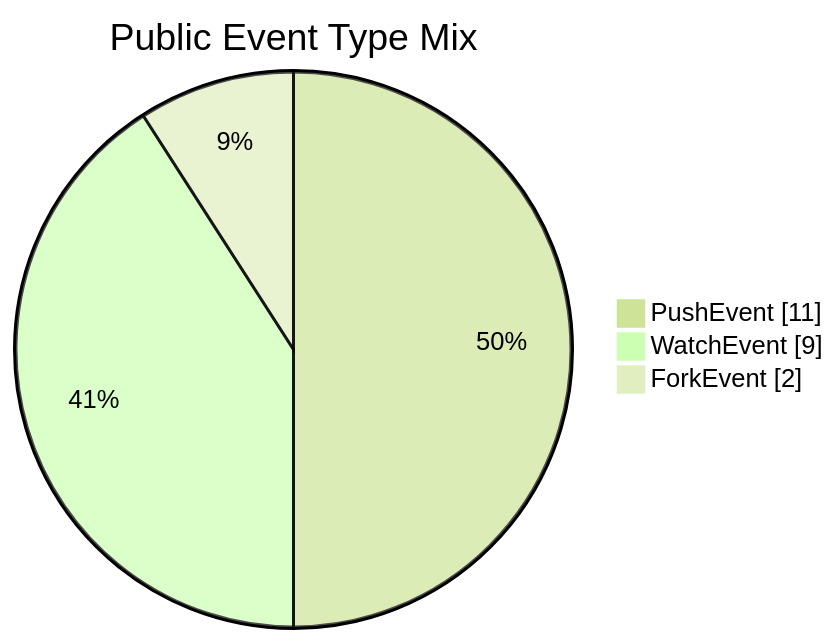
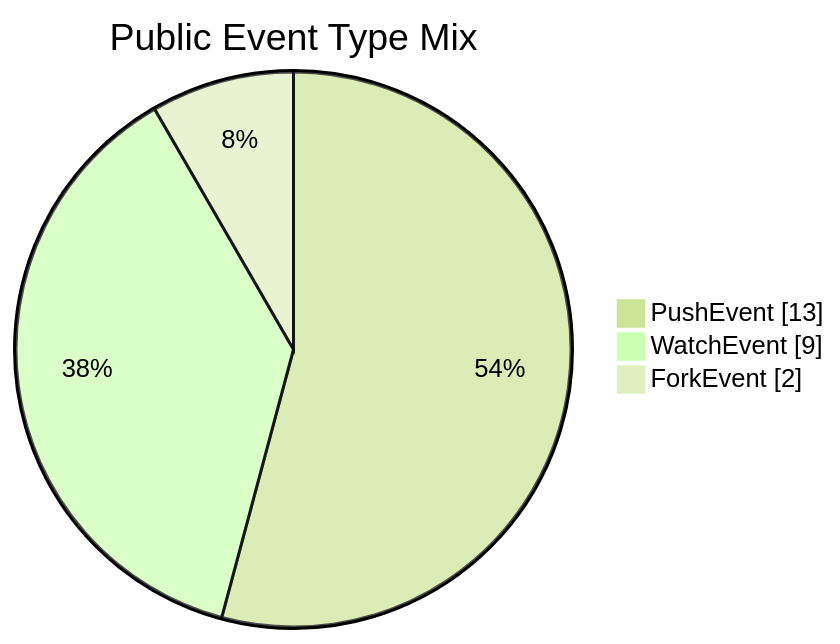
Before and after one commit to manhquydev/manhquydev: the second of 2 diagrams in README.md, drawn with Mermaid (forest theme). The commit also changed other lines of this file and 4 other files, not shown here.

````diff
--- a/README.md
+++ b/README.md
@@ -154,7 +164,7 @@
 ```mermaid
 pie showData
   title Public Event Type Mix
-  "PushEvent" : 11
+  "PushEvent" : 13
   "WatchEvent" : 9
   "ForkEvent" : 2
 ```
````
